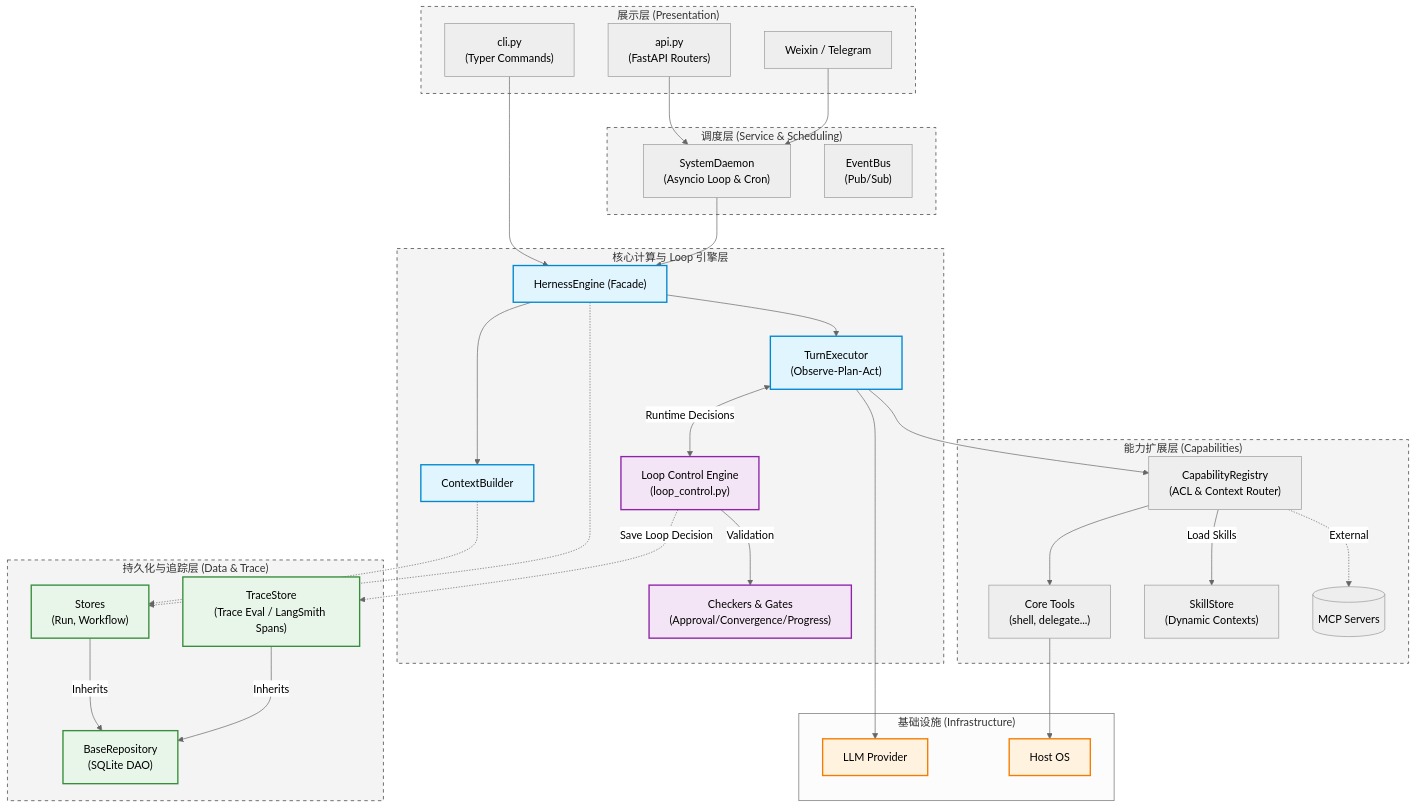
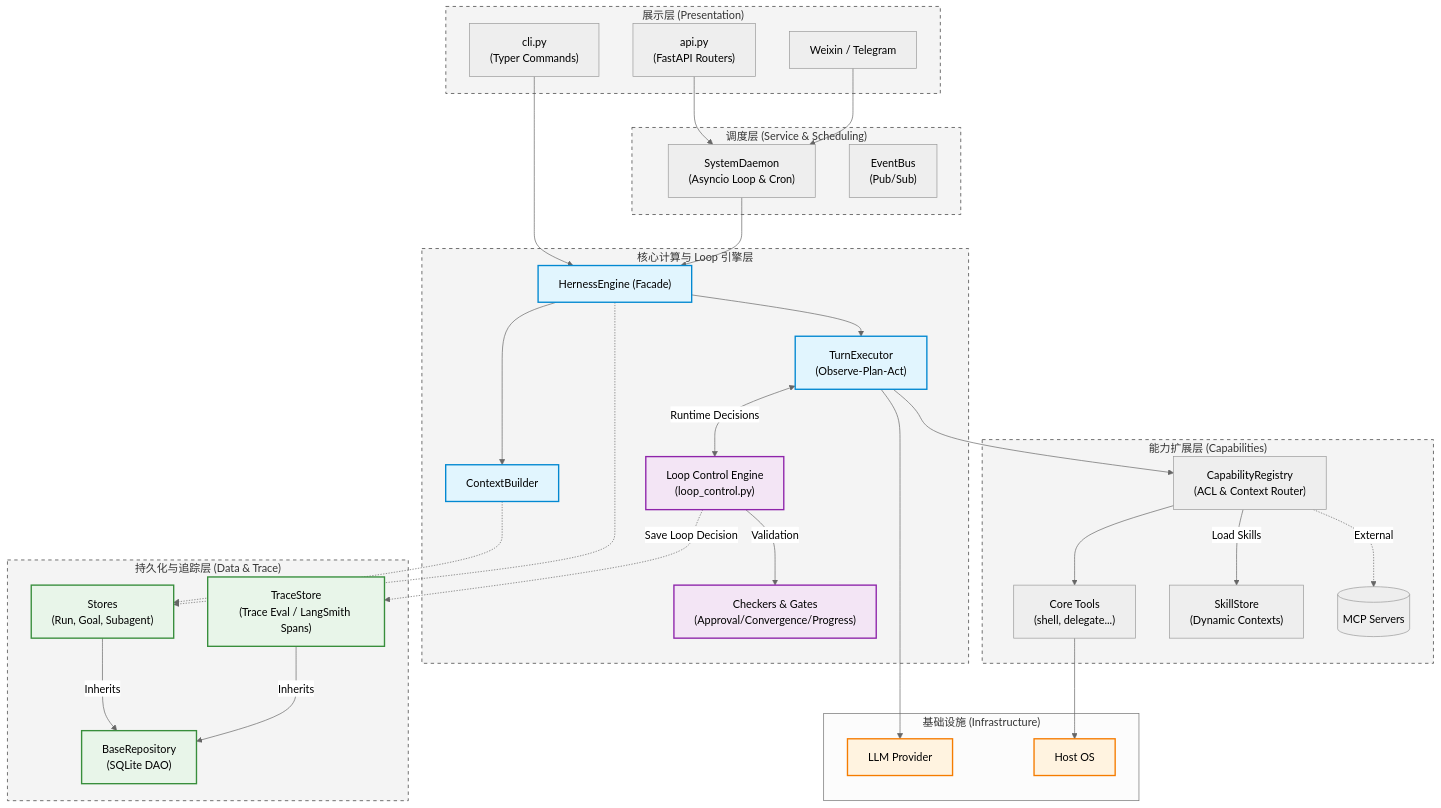
One commit to ifnodoraemon/navi changed the diagram in docs/architecture.md. Above: the diagram before and after it, drawn with Mermaid (neutral theme). The commit also changed other lines of this file and 41 other files, not shown here.

````diff
--- a/docs/architecture.md
+++ b/docs/architecture.md
@@ -39,82 +39,82 @@
 ```mermaid
 graph TD
     %% 样式定义
     classDef layerFill fill:#f4f4f4,stroke:#333,stroke-width:1px,stroke-dasharray: 5 5;
     classDef core fill:#e1f5fe,stroke:#0288d1,stroke-width:2px;
     classDef loop_layer fill:#f3e5f5,stroke:#8e24aa,stroke-width:2px;
     classDef db fill:#e8f5e9,stroke:#388e3c,stroke-width:2px;
     classDef ext fill:#fff3e0,stroke:#f57c00,stroke-width:2px;
 
     subgraph Presentation ["展示层 (Presentation)"]
         API["api.py\n(FastAPI Routers)"]
         CLI["cli.py\n(Typer Commands)"]
         Connectors["Weixin / Telegram"]
     end
     class Presentation layerFill
 
     subgraph Service ["调度层 (Service & Scheduling)"]
         Daemon["SystemDaemon\n(Asyncio Loop & Cron)"]
         EventBus["EventBus\n(Pub/Sub)"]
     end
     class Service layerFill
 
     subgraph CoreEngine ["核心计算与 Loop 引擎层"]
         Engine["HernessEngine (Facade)"]
         ContextBuilder["ContextBuilder"]
         TurnExecutor["TurnExecutor\n(Observe-Plan-Act)"]
         
         %% Loop Engineering 核心组件
         LoopControl["Loop Control Engine\n(loop_control.py)"]
         Gates["Checkers & Gates\n(Approval/Convergence/Progress)"]
         
         Engine --> ContextBuilder
         Engine --> TurnExecutor
         TurnExecutor <-->|Runtime Decisions| LoopControl
         LoopControl -->|Validation| Gates
     end
     class Engine,ContextBuilder,TurnExecutor core
     class LoopControl,Gates loop_layer
     class CoreEngine layerFill
 
     subgraph Capabilities ["能力扩展层 (Capabilities)"]
         Registry["CapabilityRegistry\n(ACL & Context Router)"]
         Tools["Core Tools\n(shell, delegate...)"]
         Skills["SkillStore\n(Dynamic Contexts)"]
         
         Registry --> Tools
         Registry -->|Load Skills| Skills
         Registry -.->|External| MCP[("MCP Servers")]
     end
     class Capabilities layerFill
 
     subgraph Persistence ["持久化与追踪层 (Data & Trace)"]
         BaseRepo["BaseRepository\n(SQLite DAO)"]
-        Stores["Stores\n(Run, Workflow)"]
+        Stores["Stores\n(Run, Goal, Subagent)"]
         TraceStore["TraceStore\n(Trace Eval / LangSmith Spans)"]
         
         Stores -- Inherits --> BaseRepo
         TraceStore -- Inherits --> BaseRepo
     end
     class BaseRepo,Stores,TraceStore db
     class Persistence layerFill
 
     subgraph Infra ["基础设施 (Infrastructure)"]
         LLM["LLM Provider"]
         OS["Host OS"]
     end
     class LLM,OS ext
 
     %% 跨层调用关系
     API --> Daemon
     CLI --> Engine
     Connectors --> Daemon
     Daemon --> Engine
 
     ContextBuilder -.-> Stores
     TurnExecutor --> LLM
     TurnExecutor --> Registry
     Tools --> OS
     
     LoopControl -.->|Save Loop Decision| TraceStore
     Engine -.-> Stores
 ```
````
